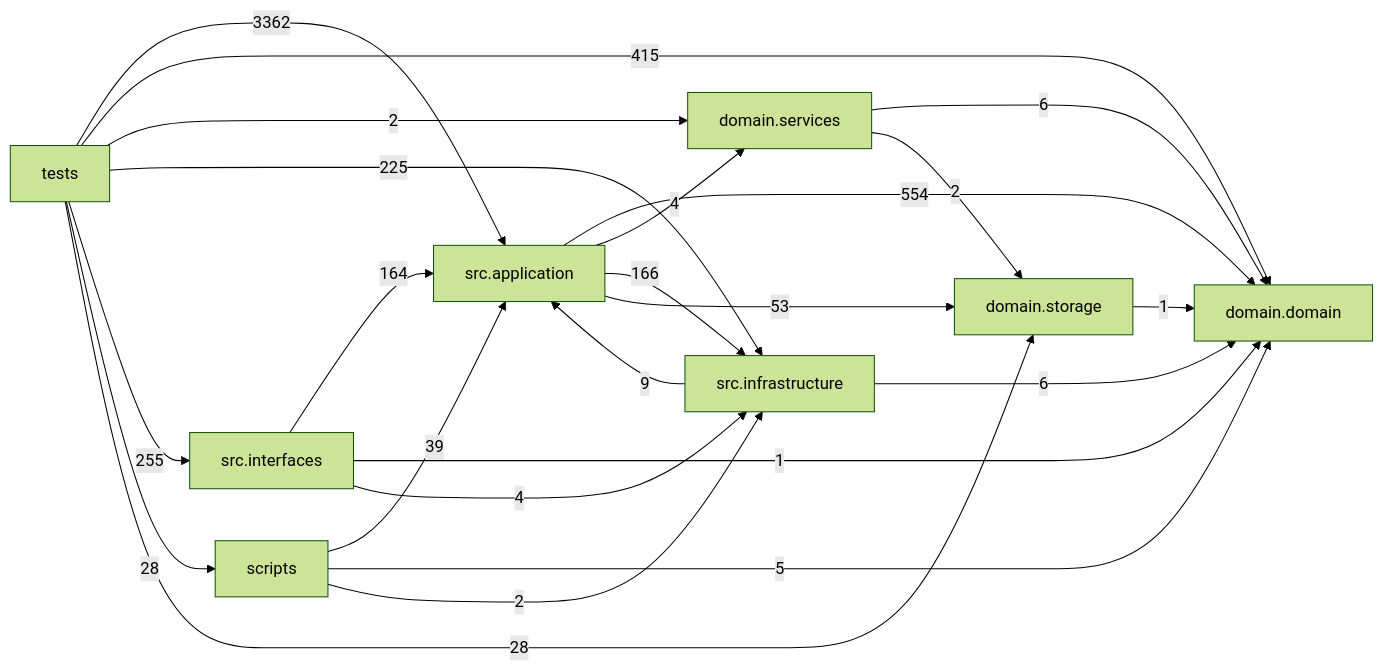
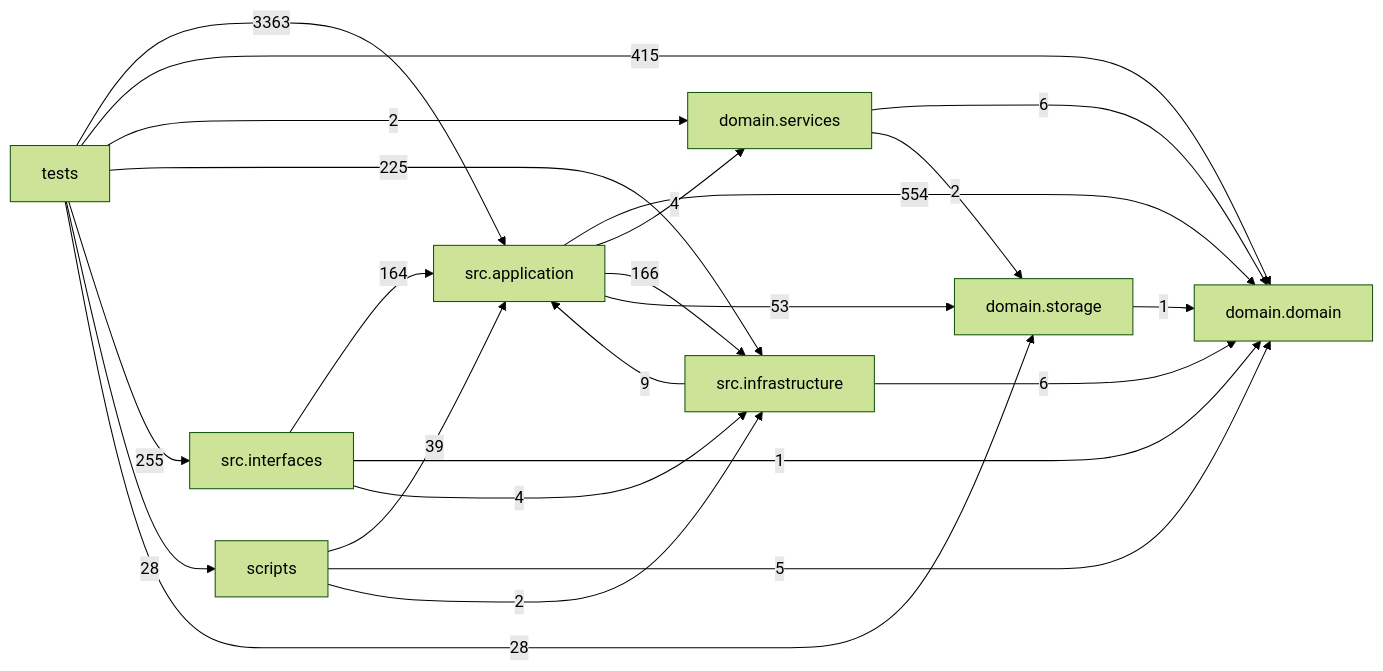
The diagram in docs/DEPENDENCY_GRAPH.md (liuxie066/options-monitor), drawn with Mermaid (forest theme) before and after one commit. The commit also changed other lines of this file, not shown here.

Commit message:
docs(graph): refresh attribution import counts

````diff
--- a/docs/DEPENDENCY_GRAPH.md
+++ b/docs/DEPENDENCY_GRAPH.md
@@ -24,33 +24,33 @@
 ```mermaid
 flowchart LR
   tests["tests"]
   scripts["scripts"]
   interfaces["src.interfaces"]
   application["src.application"]
   infrastructure["src.infrastructure"]
   domain_services["domain.services"]
   domain["domain.domain"]
   storage["domain.storage"]
   application -->|554| domain
   application -->|4| domain_services
   application -->|166| infrastructure
   application -->|53| storage
   domain_services -->|6| domain
   domain_services -->|2| storage
   infrastructure -->|9| application
   infrastructure -->|6| domain
   interfaces -->|164| application
   interfaces -->|1| domain
   interfaces -->|4| infrastructure
   scripts -->|39| application
   scripts -->|5| domain
   scripts -->|2| infrastructure
   storage -->|1| domain
-  tests -->|3362| application
+  tests -->|3363| application
   tests -->|415| domain
   tests -->|2| domain_services
   tests -->|225| infrastructure
   tests -->|255| interfaces
   tests -->|28| scripts
   tests -->|28| storage
 ```
````
